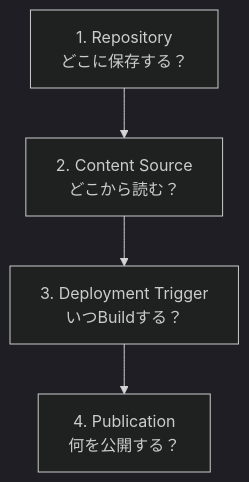
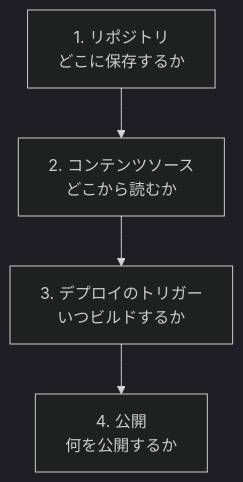
One commit to Rerurate514/riebeckite changed diagram 13 of 13 in docs/docs/guides/deployment/separate-content-repository.ja.md. Above: the diagram before and after it, drawn with Mermaid (dark theme). The commit also changed other lines of this file and 310 other files, not shown here.

````diff
--- a/docs/docs/guides/deployment/separate-content-repository.ja.md
+++ b/docs/docs/guides/deployment/separate-content-repository.ja.md
@@ -1242,11 +616,11 @@
-```mermaid id="21yk7i"
+```mermaid
 flowchart TD
-    Storage["1. Repository<br/>どこに保存する？"]
-    Source["2. Content Source<br/>どこから読む？"]
-    Trigger["3. Deployment Trigger<br/>いつBuildする？"]
-    Publication["4. Publication<br/>何を公開する？"]
+    Storage["1. リポジトリ<br/>どこに保存するか"]
+    Source["2. コンテンツソース<br/>どこから読むか"]
+    Trigger["3. デプロイのトリガー<br/>いつビルドするか"]
+    Publication["4. 公開<br/>何を公開するか"]
 
     Storage --> Source
     Source --> Trigger
     Trigger --> Publication
 ```
````
